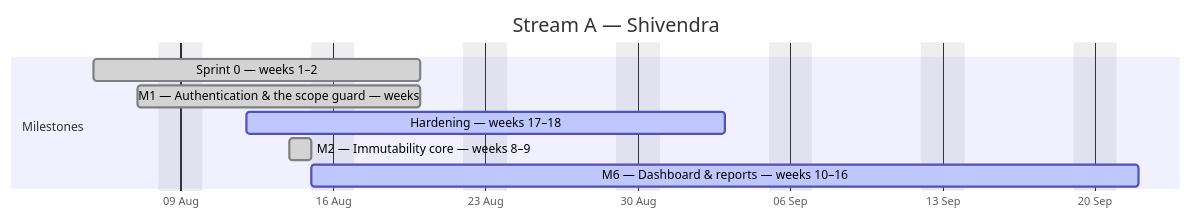
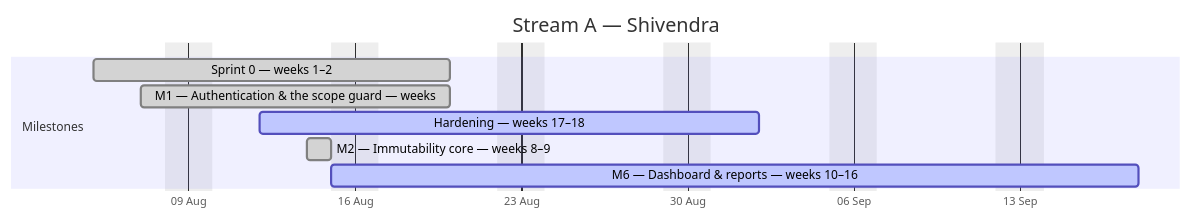
Before and after one commit to debashisedunext/EduTrack: the first of 4 diagrams in docs/plan/GANTT.md, drawn with Mermaid. The commit also changed other lines of this file and 3 other files, not shown here.

````diff
--- a/docs/plan/GANTT.md
+++ b/docs/plan/GANTT.md
@@ -99,13 +99,13 @@
 ```mermaid
 gantt
     dateFormat YYYY-MM-DD
     axisFormat %d %b
     title Stream A — Shivendra
     excludes weekends
     section Milestones
     Sprint 0 — weeks 1–2 :done, a0, 2026-08-05, 11d
     M1 — Authentication & the scope guard — weeks :done, a1, 2026-08-07, 9d
-    Hardening — weeks 17–18 :active, a2, 2026-08-12, 16d
+    Hardening — weeks 17–18 :active, a2, 2026-08-12, 15d
     M2 — Immutability core — weeks 8–9 :done, a3, 2026-08-14, 1d
-    M6 — Dashboard & reports — weeks 10–16 :active, a4, 2026-08-15, 27d
+    M6 — Dashboard & reports — weeks 10–16 :active, a4, 2026-08-15, 25d
 ```
````
